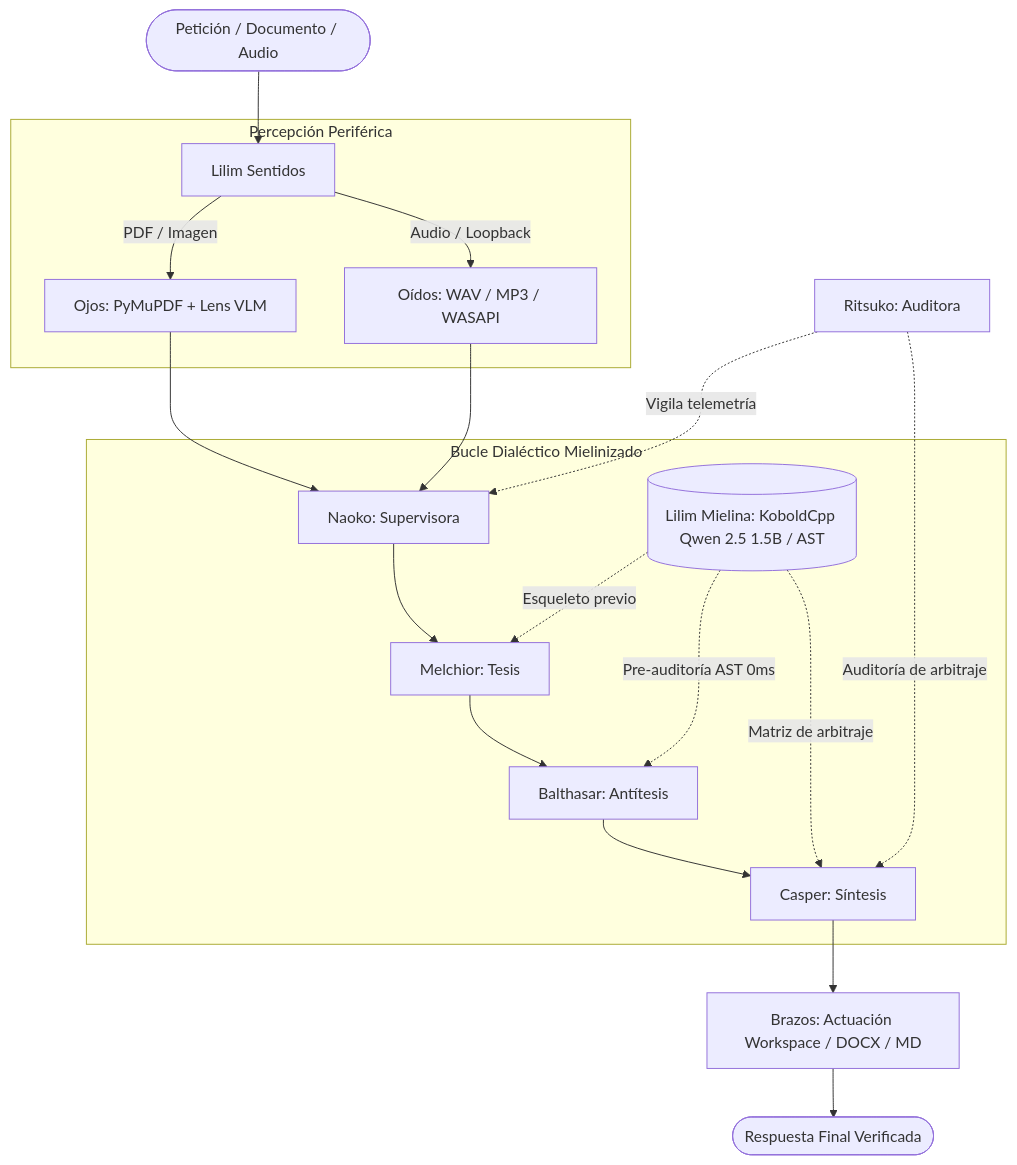
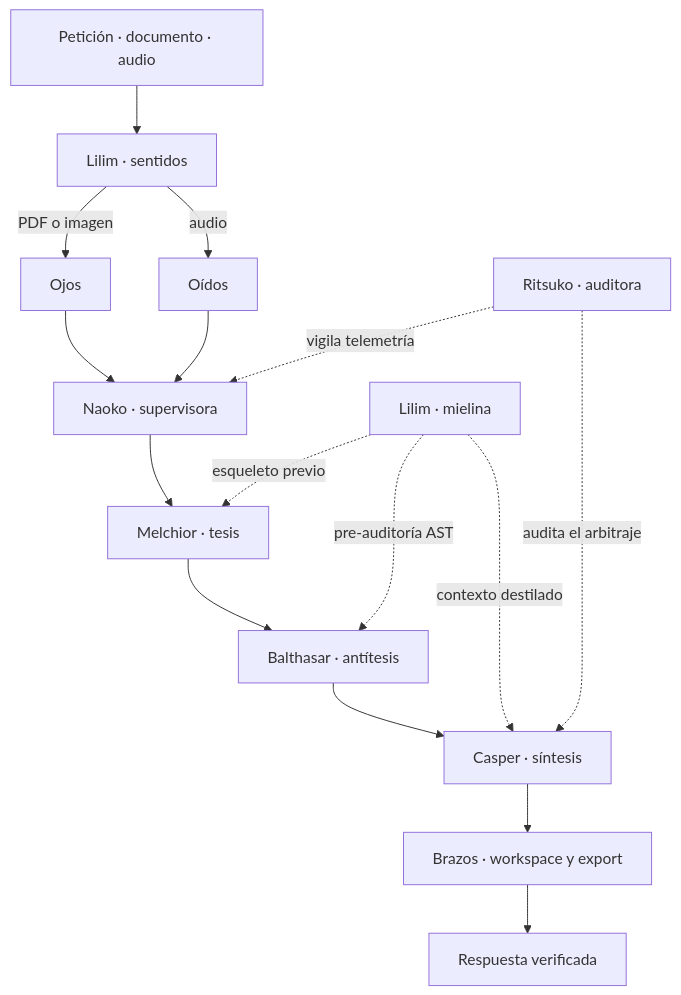
The diagram in README.md (zero-phoenix/MAGI-System-IDE), drawn with Mermaid before and after one commit. The commit also changed 1 other file, not shown here.

Commit message:
fix(readme): el diagrama Mermaid se rompia en GitHub, con guarda

````diff
--- a/README.md
+++ b/README.md
@@ -194,29 +194,24 @@
 ```mermaid
 flowchart TD
-    User(["Petición / Documento / Audio"]) --> Sentidos["Lilim Sentidos"]
+    User["Petición · documento · audio"] --> Sentidos["Lilim · sentidos"]
 
-    subgraph Percepcion ["Percepción Periférica"]
-        Sentidos -->|"PDF / Imagen"| Ojos["Ojos: PyMuPDF + Lens VLM"]
-        Sentidos -->|"Audio / Loopback"| Oidos["Oídos: WAV / MP3 / WASAPI"]
-    end
+    Sentidos -->|"PDF o imagen"| Ojos["Ojos"]
+    Sentidos -->|"audio"| Oidos["Oídos"]
 
-    Ojos --> Naoko["Naoko: Supervisora"]
+    Ojos --> Naoko["Naoko · supervisora"]
     Oidos --> Naoko
 
-    subgraph Dialectica ["Bucle Dialéctico Mielinizado"]
-        Naoko --> Melchior["Melchior: Tesis"]
-        Melchior --> Balthasar["Balthasar: Antítesis"]
-        Balthasar --> Casper["Casper: Síntesis"]
+    Naoko --> Melchior["Melchior · tesis"]
+    Melchior --> Balthasar["Balthasar · antítesis"]
+    Balthasar --> Casper["Casper · síntesis"]
 
-        Mielina[("Lilim Mielina: KoboldCpp Qwen 2.5 1.5B / AST")]
-        Mielina -.->|"Esqueleto previo"| Melchior
-        Mielina -.->|"Pre-auditoría AST 0ms"| Balthasar
-        Mielina -.->|"Matriz de arbitraje"| Casper
-    end
+    Mielina["Lilim · mielina"] -.->|"esqueleto previo"| Melchior
+    Mielina -.->|"pre-auditoría AST"| Balthasar
+    Mielina -.->|"contexto destilado"| Casper
 
-    Casper --> Brazos["Brazos: Actuación Workspace / DOCX / MD"]
-    Brazos --> Entrega(["Respuesta Final Verificada"])
+    Casper --> Brazos["Brazos · workspace y export"]
+    Brazos --> Entrega["Respuesta verificada"]
 
-    Ritsuko["Ritsuko: Auditora"] -.->|"Vigila telemetría"| Naoko
-    Ritsuko -.->|"Auditoría de arbitraje"| Casper
+    Ritsuko["Ritsuko · auditora"] -.->|"vigila telemetría"| Naoko
+    Ritsuko -.->|"audita el arbitraje"| Casper
 ```
````
